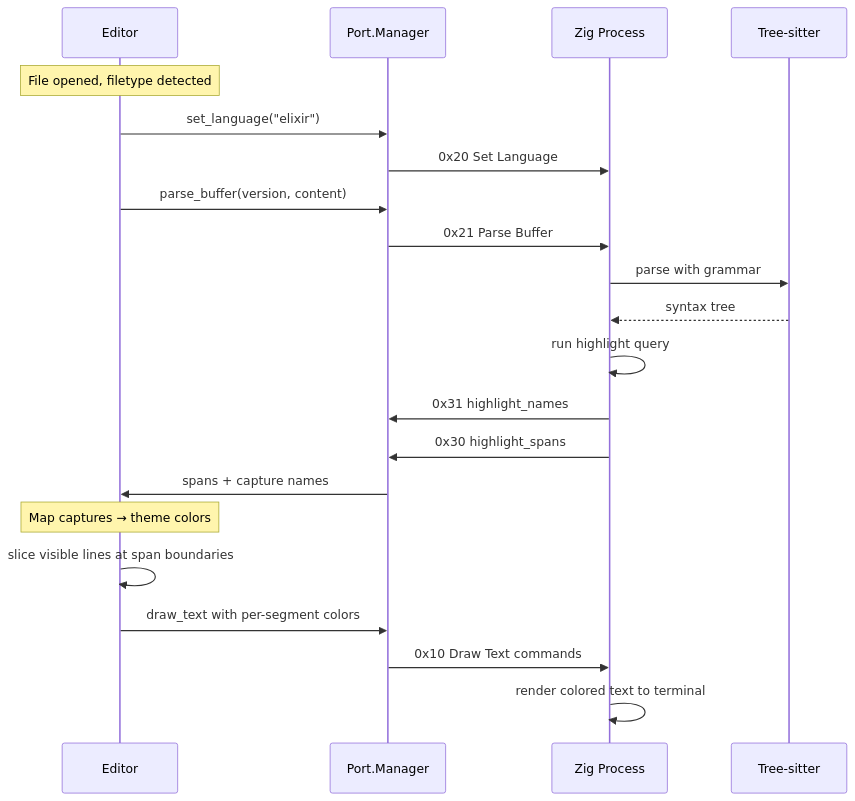
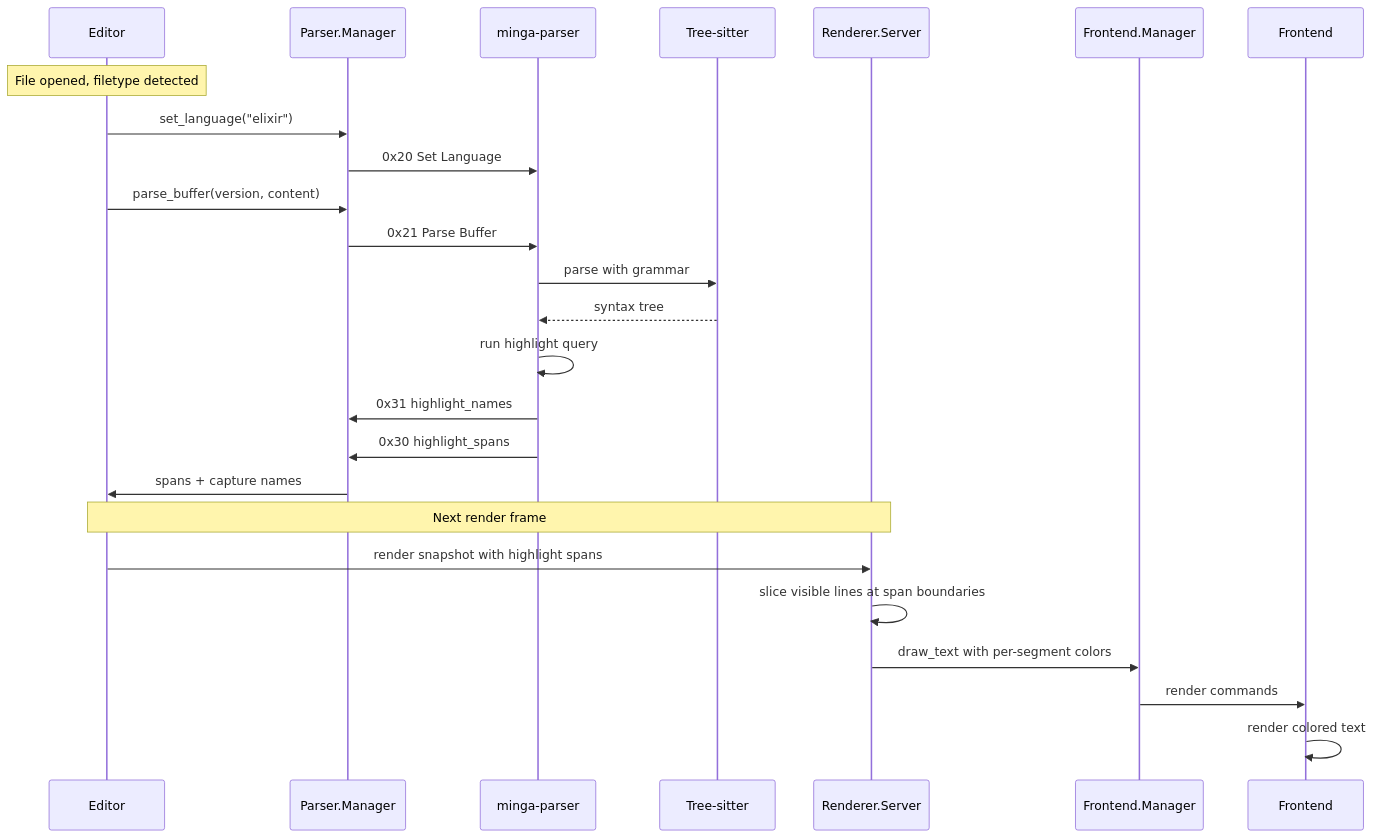
The ninth of 10 diagrams in docs/ARCHITECTURE.md (jsmestad/minga), drawn with Mermaid before and after one commit. The commit also changed other lines of this file and 11 other files, not shown here.

````diff
--- a/docs/ARCHITECTURE.md
+++ b/docs/ARCHITECTURE.md
@@ -480,27 +491,31 @@
 ```mermaid
 sequenceDiagram
     participant Ed as Editor
-    participant PM as Port.Manager
-    participant Zig as Zig Process
+    participant Parser as Parser.Manager
+    participant Zig as minga-parser
     participant TS as Tree-sitter
+    participant Render as Renderer.Server
+    participant FM as Frontend.Manager
+    participant FE as Frontend
 
     Note over Ed: File opened, filetype detected
-    Ed->>PM: set_language("elixir")
-    PM->>Zig: 0x20 Set Language
+    Ed->>Parser: set_language("elixir")
+    Parser->>Zig: 0x20 Set Language
 
-    Ed->>PM: parse_buffer(version, content)
-    PM->>Zig: 0x21 Parse Buffer
+    Ed->>Parser: parse_buffer(version, content)
+    Parser->>Zig: 0x21 Parse Buffer
     Zig->>TS: parse with grammar
     TS-->>Zig: syntax tree
     Zig->>Zig: run highlight query
 
-    Zig->>PM: 0x31 highlight_names
-    Zig->>PM: 0x30 highlight_spans
-    PM->>Ed: spans + capture names
+    Zig->>Parser: 0x31 highlight_names
+    Zig->>Parser: 0x30 highlight_spans
+    Parser->>Ed: spans + capture names
 
-    Note over Ed: Map captures → theme colors
-    Ed->>Ed: slice visible lines at span boundaries
-    Ed->>PM: draw_text with per-segment colors
-    PM->>Zig: 0x10 Draw Text commands
-    Zig->>Zig: render colored text to terminal
+    Note over Ed,Render: Next render frame
+    Ed->>Render: render snapshot with highlight spans
+    Render->>Render: slice visible lines at span boundaries
+    Render->>FM: draw_text with per-segment colors
+    FM->>FE: render commands
+    FE->>FE: render colored text
 ```
````
